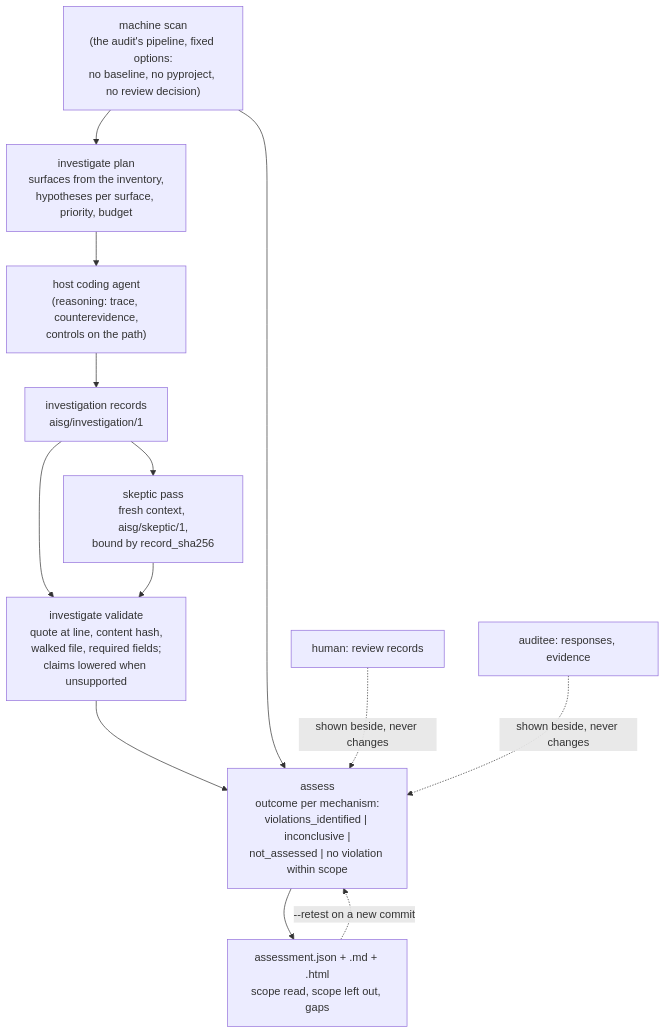
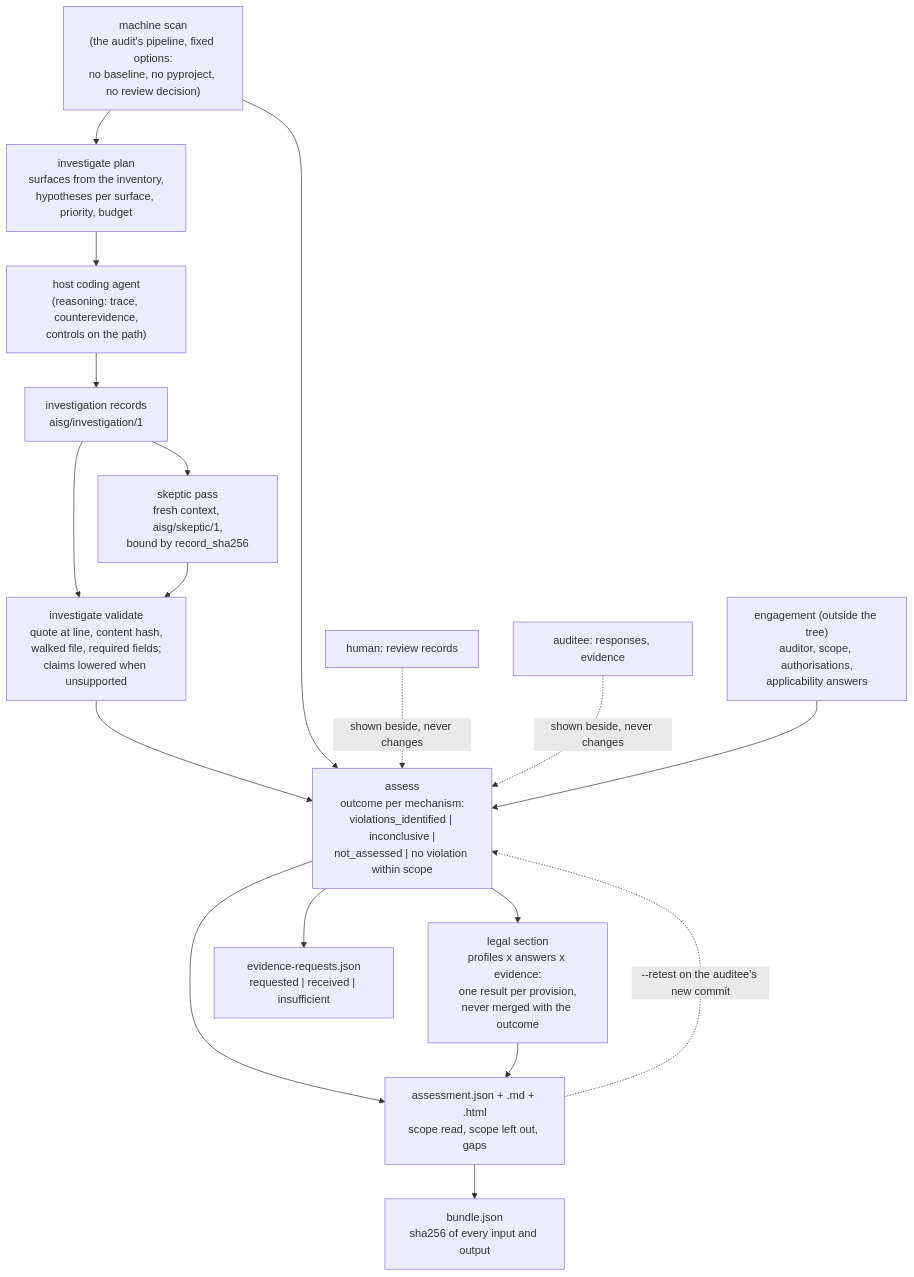
The third of 4 diagrams in docs/architecture.md (ai-safe-earth/AnyAISafe), drawn with Mermaid before and after one commit. The commit also changed other lines of this file and 37 other files, not shown here.

First line of the commit message:
feat(workbench): engagements, legal profiles and the bundle manifest (stage B)

````diff
--- a/docs/architecture.md
+++ b/docs/architecture.md
@@ -92,15 +104,20 @@
 ```mermaid
 flowchart TD
     S["machine scan<br/>(the audit's pipeline, fixed options:<br/>no baseline, no pyproject, no review decision)"] --> PL["investigate plan<br/>surfaces from the inventory,<br/>hypotheses per surface, priority, budget"]
     PL --> AG["host coding agent<br/>(reasoning: trace, counterevidence,<br/>controls on the path)"]
     AG --> RC["investigation records<br/>aisg/investigation/1"]
     RC --> SK["skeptic pass<br/>fresh context, aisg/skeptic/1,<br/>bound by record_sha256"]
     RC --> V["investigate validate<br/>quote at line, content hash,<br/>walked file, required fields;<br/>claims lowered when unsupported"]
     SK --> V
     V --> AS["assess<br/>outcome per mechanism:<br/>violations_identified | inconclusive |<br/>not_assessed | no violation within scope"]
     S --> AS
     H["human: review records"] -. "shown beside, never changes" .-> AS
     AU["auditee: responses, evidence"] -. "shown beside, never changes" .-> AS
+    EN["engagement (outside the tree)<br/>auditor, scope, authorisations,<br/>applicability answers"] --> AS
+    AS --> LG["legal section<br/>profiles x answers x evidence:<br/>one result per provision,<br/>never merged with the outcome"]
     AS --> OUT["assessment.json + .md + .html<br/>scope read, scope left out, gaps"]
-    OUT -. "--retest on a new commit" .-> AS
+    LG --> OUT
+    AS --> RQ["evidence-requests.json<br/>requested | received | insufficient"]
+    OUT --> BU["bundle.json<br/>sha256 of every input and output"]
+    OUT -. "--retest on the auditee's new commit" .-> AS
 ```
````
